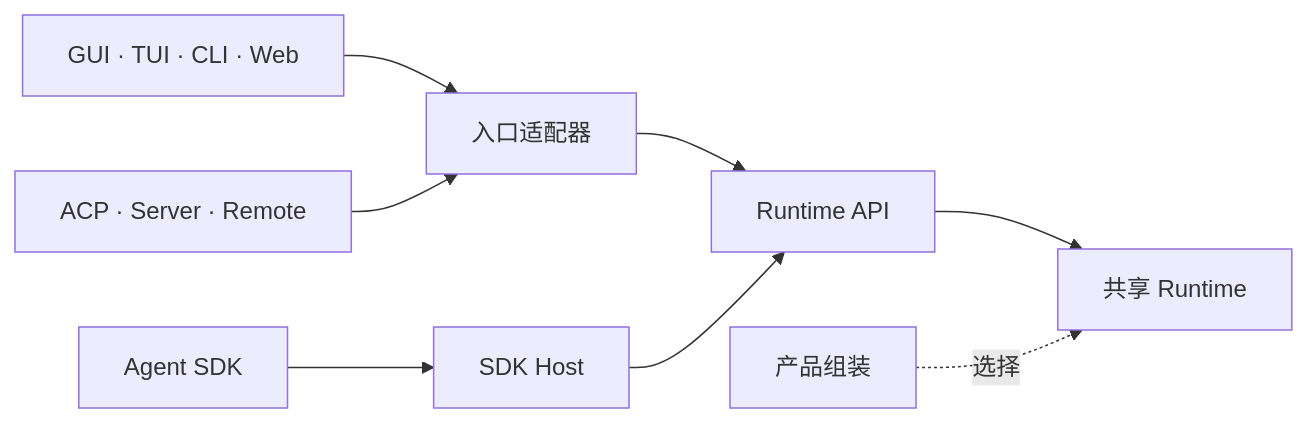
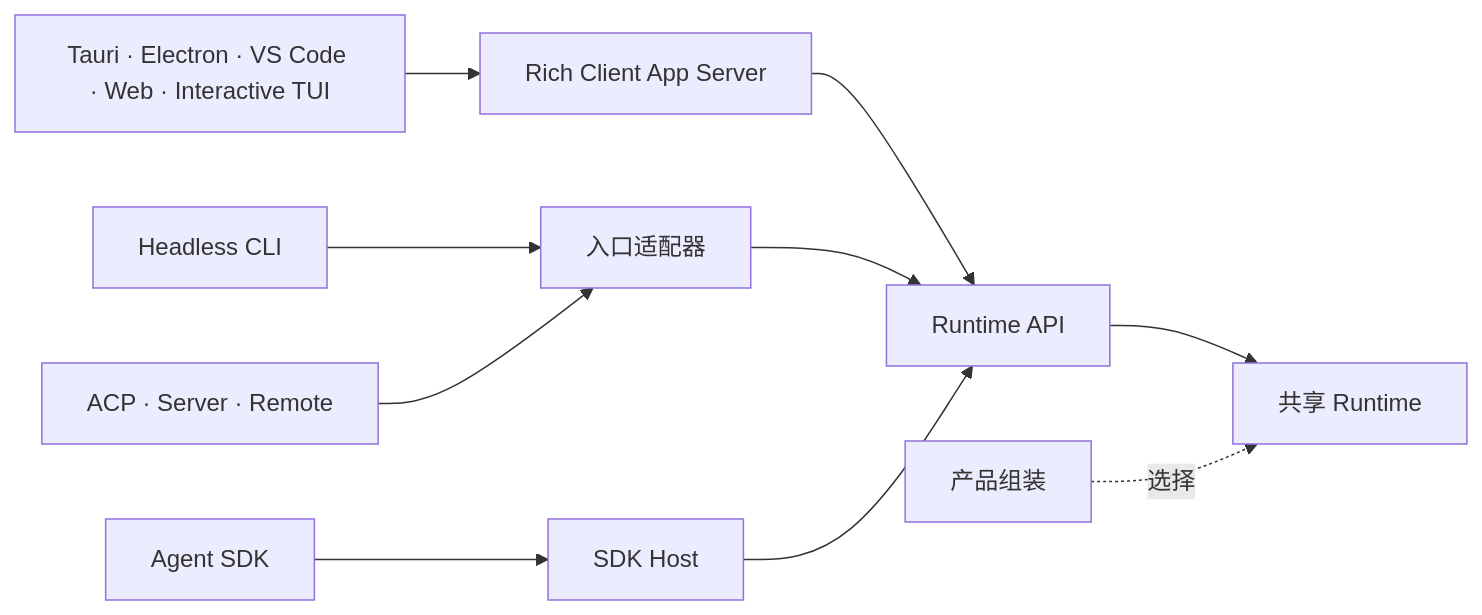
Before and after one commit to GCWing/BitFun: the sixth of 11 diagrams in docs/architecture/product-architecture.md, drawn with Mermaid. The commit also changed other lines of this file and 13 other files, not shown here.

Commit message:
feat(doct): add app server design

````diff
--- a/docs/architecture/product-architecture.md
+++ b/docs/architecture/product-architecture.md
@@ -522,10 +562,12 @@
 ```mermaid
 flowchart LR
-  Products["GUI · TUI · CLI · Web"] --> Adapter["入口适配器"]
+  Rich["Tauri · Electron · VS Code · Web · Interactive TUI"] --> AppServer["Rich Client App Server"]
+  Products["Headless CLI"] --> Adapter["入口适配器"]
   Protocol["ACP · Server · Remote"] --> Adapter
   SDK["Agent SDK"] --> SDKHost["SDK Host"]
+  AppServer --> API["Runtime API"]
   Adapter --> API["Runtime API"]
   SDKHost --> API
   API --> Runtime["共享 Runtime"]
   Assembly["产品组装"] -. "选择" .-> Runtime
 ```
````
